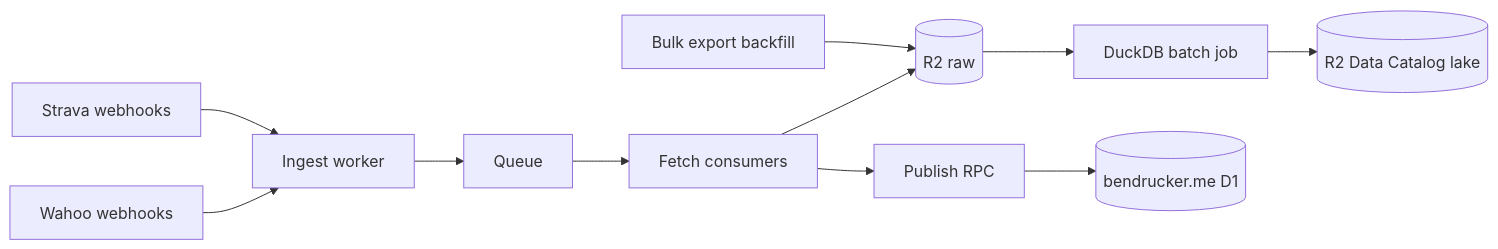
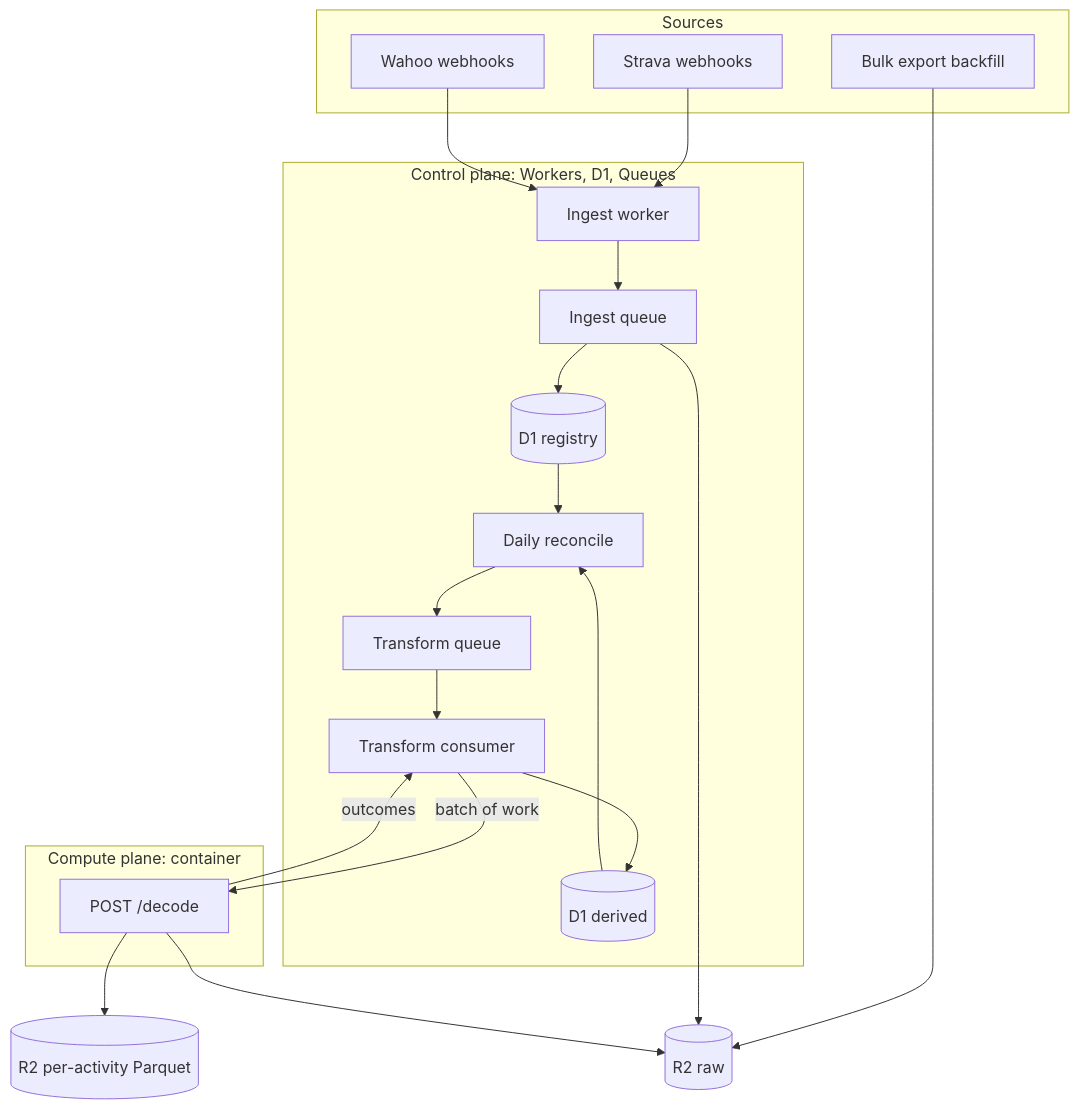
Before and after one commit to bendrucker/activity-hub: the first of 2 diagrams in README.md, drawn with Mermaid. The commit also changed other lines of this file and 31 other files, not shown here.

````diff
--- a/README.md
+++ b/README.md
@@ -11,9 +13,36 @@
 ```mermaid
-flowchart LR
-    strava[Strava webhooks] --> ingest[Ingest worker]
-    wahoo[Wahoo webhooks] --> ingest
-    export[Bulk export backfill] --> raw
-    ingest --> queue[Queue] --> fetch[Fetch consumers] --> raw[(R2 raw)]
-    raw --> duck[DuckDB batch job] --> lake[(R2 Data Catalog lake)]
-    fetch --> publish[Publish RPC] --> site[(bendrucker.me D1)]
+flowchart TB
+    subgraph sources[Sources]
+        strava[Strava webhooks]
+        wahoo[Wahoo webhooks]
+        export[Bulk export backfill]
+    end
+
+    subgraph control[Control plane: Workers, D1, Queues]
+        ingest[Ingest worker]
+        iqueue[Ingest queue]
+        registry[(D1 registry)]
+        cron[Daily reconcile]
+        tqueue[Transform queue]
+        consumer[Transform consumer]
+        derived[(D1 derived)]
+    end
+
+    subgraph compute[Compute plane: container]
+        decode[POST /decode]
+    end
+
+    strava --> ingest
+    wahoo --> ingest
+    ingest --> iqueue --> registry
+    export --> raw
+    iqueue --> raw[(R2 raw)]
+
+    registry --> cron --> tqueue --> consumer
+    consumer -->|batch of work| decode
+    decode --> raw
+    decode --> parquet[(R2 per-activity Parquet)]
+    decode -->|outcomes| consumer
+    consumer --> derived
+    derived --> cron
 ```
````
